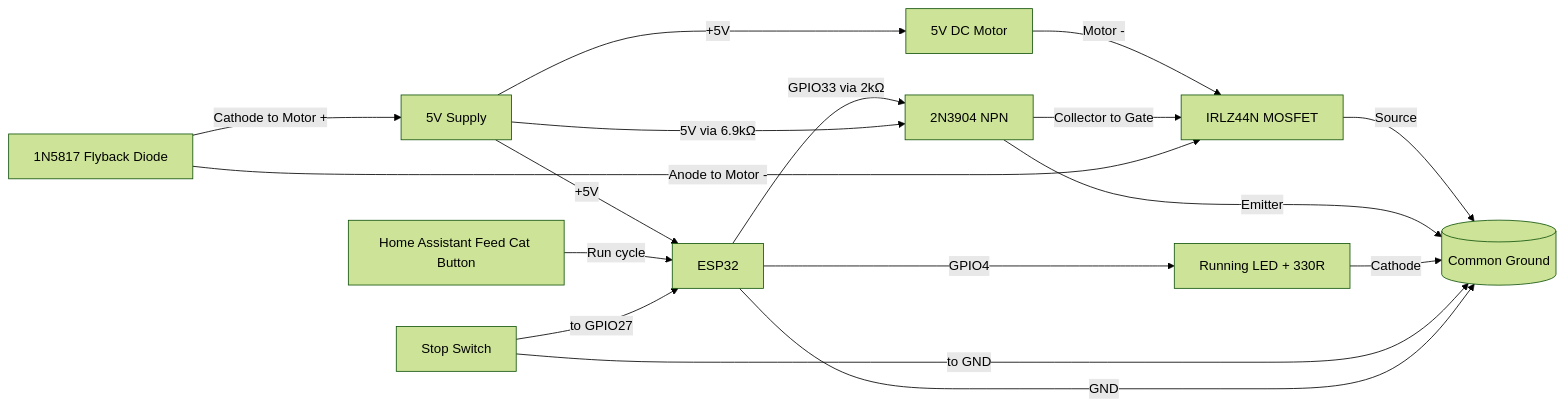
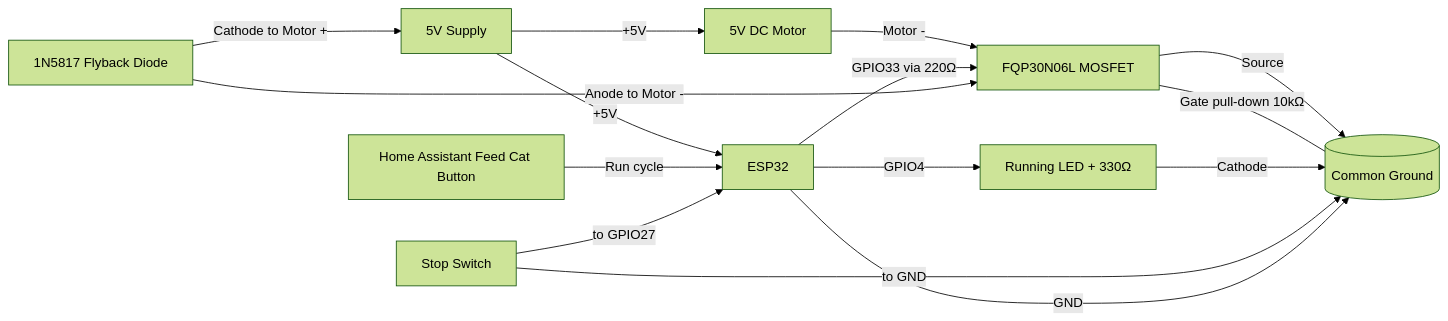
One commit to ErikApption/nrf24stuff changed the diagram in esphome/cat-feeder.md. Above: the diagram before and after it, drawn with Mermaid (forest theme). The commit also changed other lines of this file, not shown here.

Commit message:
updated to new MOSFET

````diff
--- a/esphome/cat-feeder.md
+++ b/esphome/cat-feeder.md
@@ -239,32 +175,29 @@
 ```mermaid
 flowchart LR
-		PSU[5V Supply]
-		M[5V DC Motor]
-		D[1N5817 Flyback Diode]
-		Q[IRLZ44N MOSFET]
-		ESP[ESP32]
-		HA[Home Assistant Feed Cat Button]
-		SW[Stop Switch]
-		LED[Running LED + 330R]
-		GND[(Common Ground)]
+    PSU[5V Supply]
+    M[5V DC Motor]
+    D[1N5817 Flyback Diode]
+    Q[FQP30N06L MOSFET]
+    ESP[ESP32]
+    HA[Home Assistant Feed Cat Button]
+    SW[Stop Switch]
+    LED[Running LED + 330Ω]
+    GND[(Common Ground)]
 
-		PSU -->|+5V| M
-		PSU -->|+5V| ESP
-		M -->|Motor -| Q
-		Q -->|Source| GND
-		NPN[2N3904 NPN]
-		ESP -->|GPIO33 via 2kΩ| NPN
-		NPN -->|Emitter| GND
-		PSU -->|5V via 6.9kΩ| NPN
-		NPN -->|Collector to Gate| Q
-		ESP -->|GPIO4| LED
-		LED -->|Cathode| GND
+    PSU -->|+5V| M
+    PSU -->|+5V| ESP
+    M -->|Motor -| Q
+    Q -->|Source| GND
+    ESP -->|GPIO33 via 220Ω| Q
+    Q ---|Gate pull-down 10kΩ| GND
+    ESP -->|GPIO4| LED
+    LED -->|Cathode| GND
 
-		HA -->|Run cycle| ESP
-		SW -->|to GPIO27| ESP
-		SW -->|to GND| GND
-		ESP -->|GND| GND
+    HA -->|Run cycle| ESP
+    SW -->|to GPIO27| ESP
+    SW -->|to GND| GND
+    ESP -->|GND| GND
 
-		D -->|Cathode to Motor +| PSU
-		D -->|Anode to Motor -| Q
+    D -->|Cathode to Motor +| PSU
+    D -->|Anode to Motor -| Q
 ```
````
